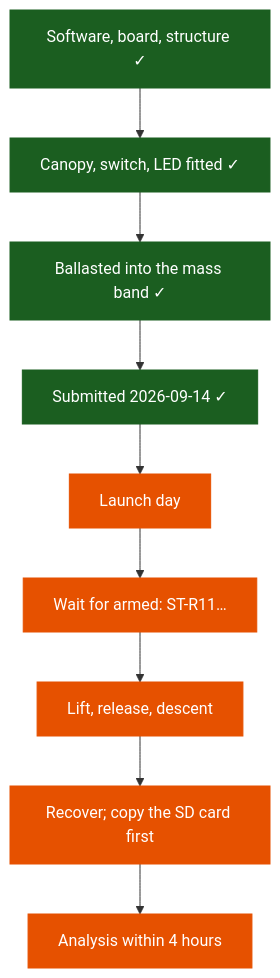
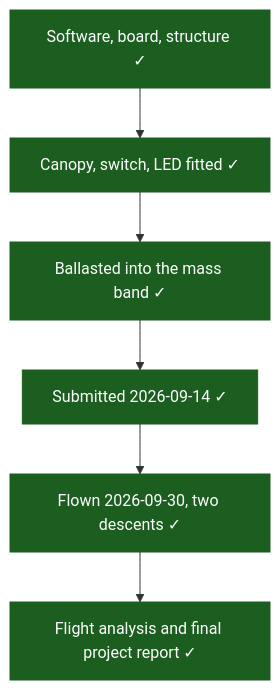
Before and after one commit to KunjSorathiya/CanSat-Team-Singularity: the third of 3 diagrams in documentation/project/timeline.md, drawn with Mermaid. The commit also changed other lines of this file and 20 other files, not shown here.

Commit message:
docs: documentation update to the flown state (in progress)

````diff
--- a/documentation/project/timeline.md
+++ b/documentation/project/timeline.md
@@ -183,16 +189,11 @@
 ```mermaid
 flowchart TD
     A["Software, board, structure ✓"] --> B["Canopy, switch, LED fitted ✓"]
     B --> C["Ballasted into the mass band ✓"]
     C --> D["Submitted 2026-09-14 ✓"]
-    D --> E["Launch day"]
-    E --> F["Wait for armed: ST-R11…"]
-    F --> G["Lift, release, descent"]
-    G --> H["Recover; copy the SD card first"]
-    H --> I["Analysis within 4 hours"]
+    D --> E["Flown 2026-09-30, two descents ✓"]
+    E --> F["Flight analysis and final project report ✓"]
 
     classDef done fill:#1b5e20,stroke:#1b5e20,color:#fff
-    classDef next fill:#e65100,stroke:#e65100,color:#fff
-    class A,B,C,D done
-    class E,F,G,H,I next
+    class A,B,C,D,E,F done
 ```
````
